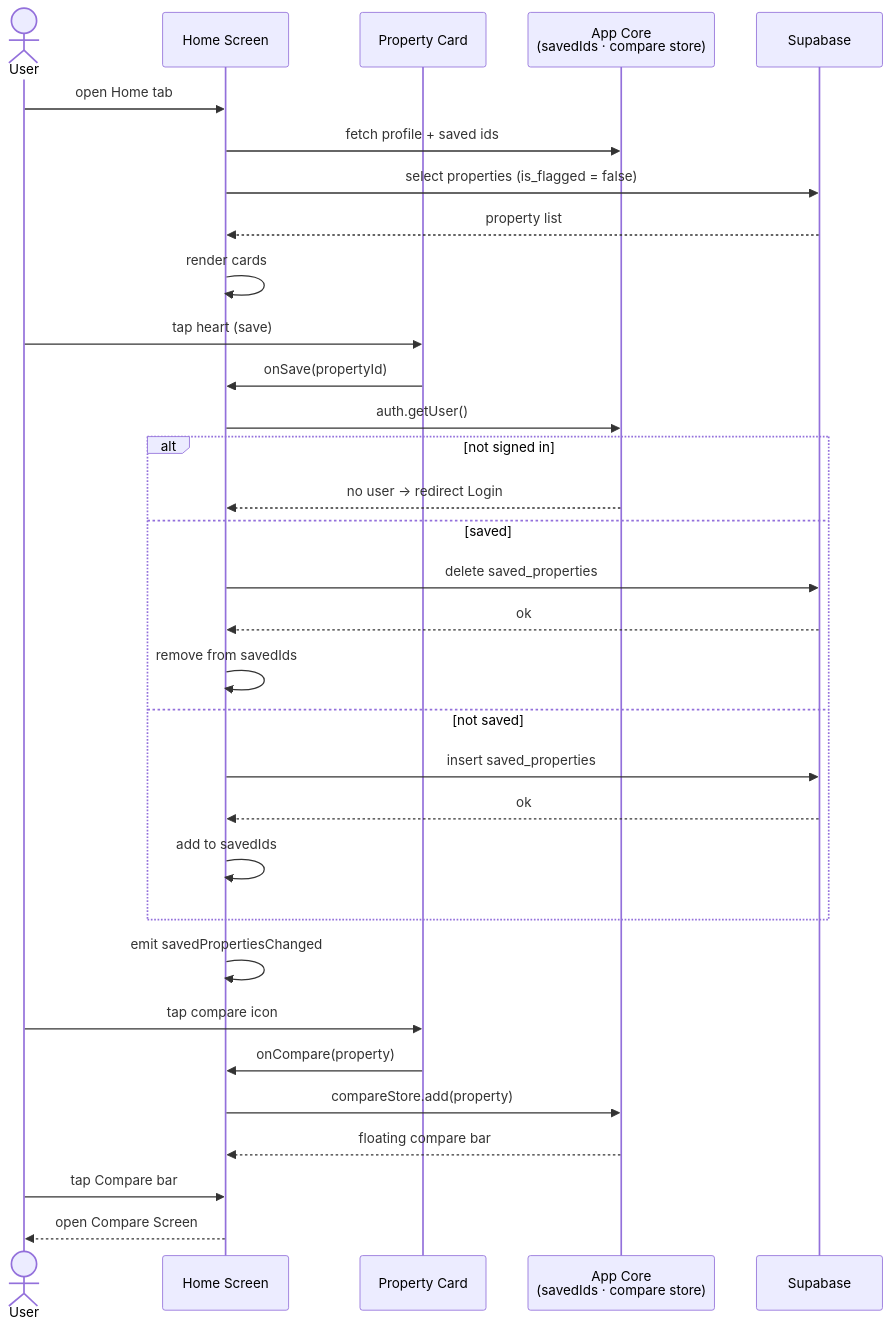
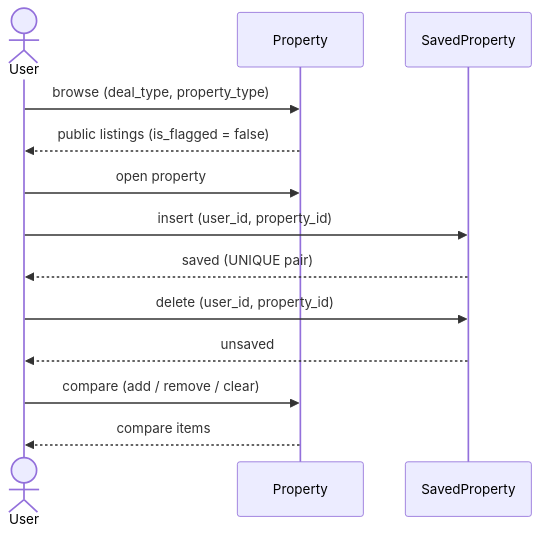
The diagram in docs/diagrams/sequence-home.mmd (phyothant-dev/nestfinder), drawn with Mermaid before and after one commit. The commit also changed 9 other files, not shown here.

Commit message:
Rewrite class diagram around DB tables and redraw sequence diagrams by use-case domain

```diff
--- a/docs/diagrams/sequence-home.mmd
+++ b/docs/diagrams/sequence-home.mmd
@@ -1,33 +1,14 @@
 sequenceDiagram
     actor User
-    participant HO as Home Screen
-    participant CD as Property Card
-    participant CO as App Core<br/>(savedIds · compare store)
-    participant SU as Supabase
+    participant P as Property
+    participant SP as SavedProperty
 
-    User->>HO: open Home tab
-    HO->>CO: fetch profile + saved ids
-    HO->>SU: select properties (is_flagged = false)
-    SU-->>HO: property list
-    HO->>HO: render cards
-    User->>CD: tap heart (save)
-    CD->>HO: onSave(propertyId)
-    HO->>CO: auth.getUser()
-    alt not signed in
-        CO-->>HO: no user → redirect Login
-    else saved
-        HO->>SU: delete saved_properties
-        SU-->>HO: ok
-        HO->>HO: remove from savedIds
-    else not saved
-        HO->>SU: insert saved_properties
-        SU-->>HO: ok
-        HO->>HO: add to savedIds
-    end
-    HO->>HO: emit savedPropertiesChanged
-    User->>CD: tap compare icon
-    CD->>HO: onCompare(property)
-    HO->>CO: compareStore.add(property)
-    CO-->>HO: floating compare bar
-    User->>HO: tap Compare bar
-    HO-->>User: open Compare Screen
+    User->>P: browse (deal_type, property_type)
+    P-->>User: public listings (is_flagged = false)
+    User->>P: open property
+    User->>SP: insert (user_id, property_id)
+    SP-->>User: saved (UNIQUE pair)
+    User->>SP: delete (user_id, property_id)
+    SP-->>User: unsaved
+    User->>P: compare (add / remove / clear)
+    P-->>User: compare items
```
